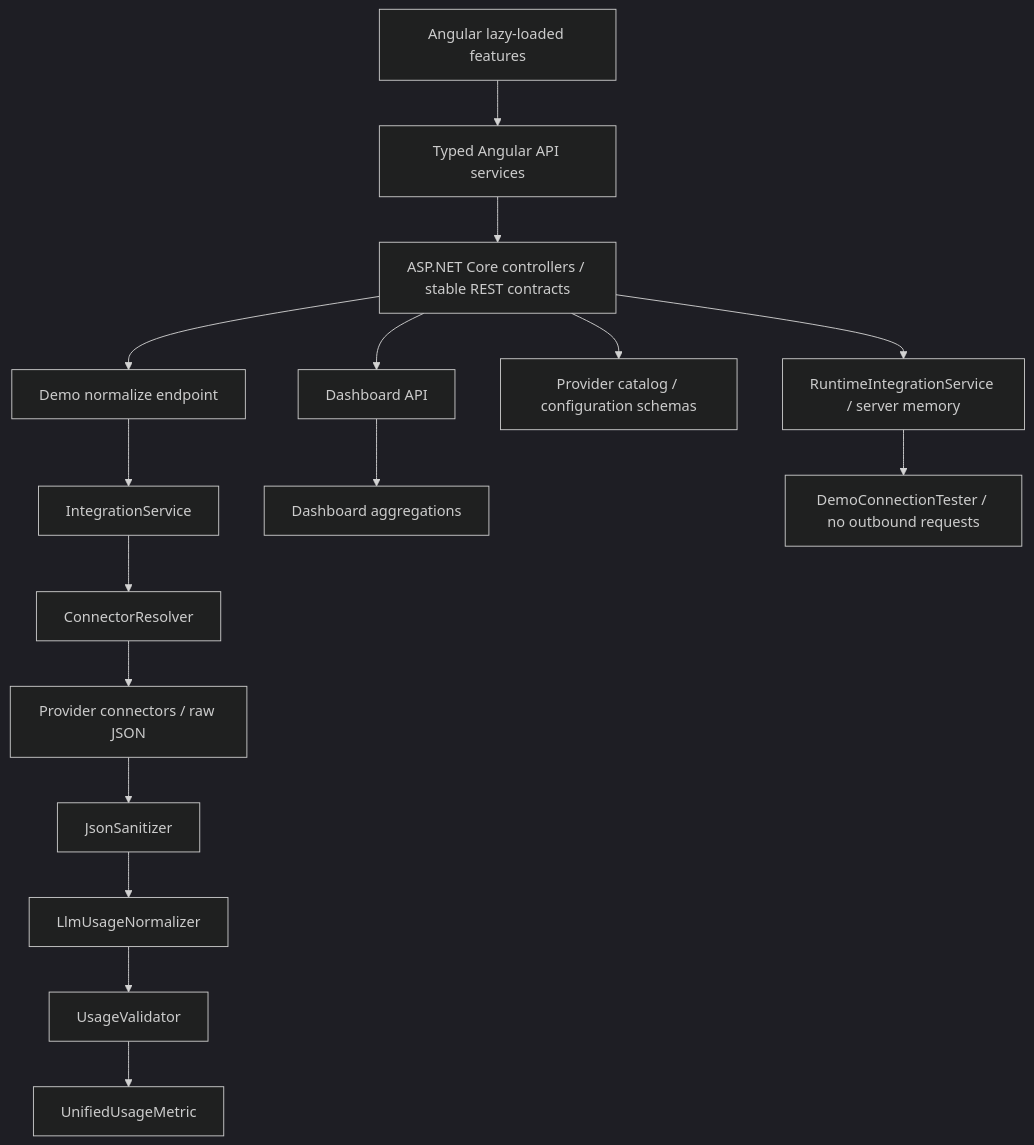
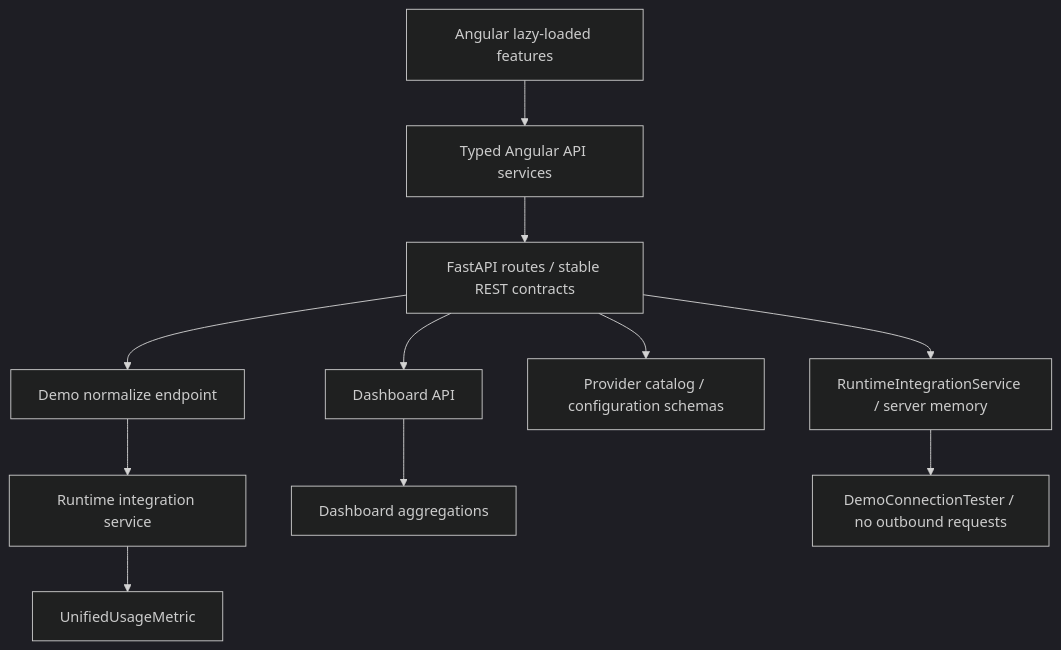
Before and after one commit to poojahina/unifieddashboard: the diagram in README.md, drawn with Mermaid (dark theme). The commit also changed other lines of this file and 1997 other files, not shown here.

````diff
--- a/README.md
+++ b/README.md
@@ -78,18 +78,13 @@
 ```mermaid
 flowchart TD
   UI[Angular lazy-loaded features] --> Services[Typed Angular API services]
-  Services --> API[ASP.NET Core controllers / stable REST contracts]
+  Services --> API[FastAPI routes / stable REST contracts]
   API --> Dashboard[Dashboard API]
   API --> Demo[Demo normalize endpoint]
-  Demo --> Service[IntegrationService]
-  Service --> Resolver[ConnectorResolver]
-  Resolver --> Connectors[Provider connectors / raw JSON]
-  Connectors --> Sanitizer[JsonSanitizer]
-  Sanitizer --> Normalizer[LlmUsageNormalizer]
-  Normalizer --> Validator[UsageValidator]
-  Validator --> Unified[UnifiedUsageMetric]
+  Demo --> Service[Runtime integration service]
+  Service --> Unified[UnifiedUsageMetric]
   Dashboard --> Fixed[Dashboard aggregations]
   API --> Catalog[Provider catalog / configuration schemas]
   API --> Runtime[RuntimeIntegrationService / server memory]
   Runtime --> Tester[DemoConnectionTester / no outbound requests]
 ```
````
